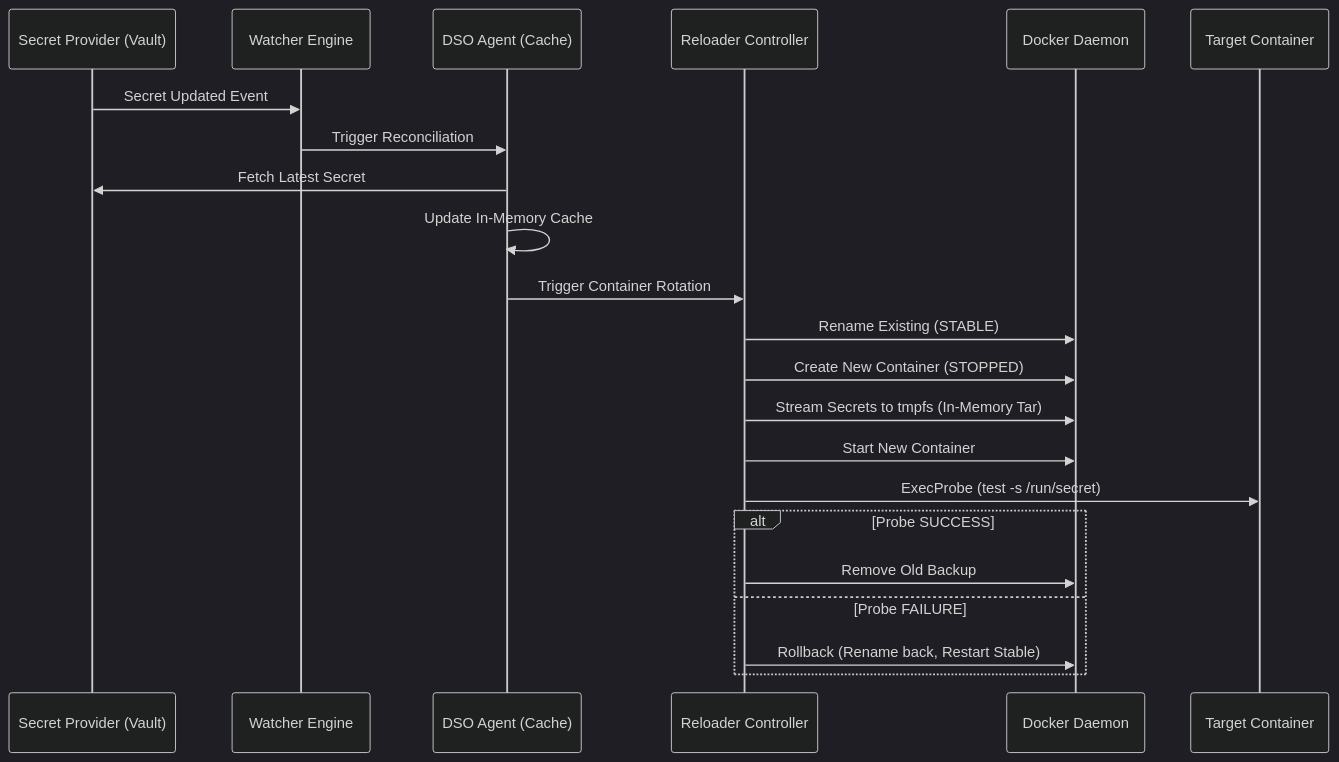
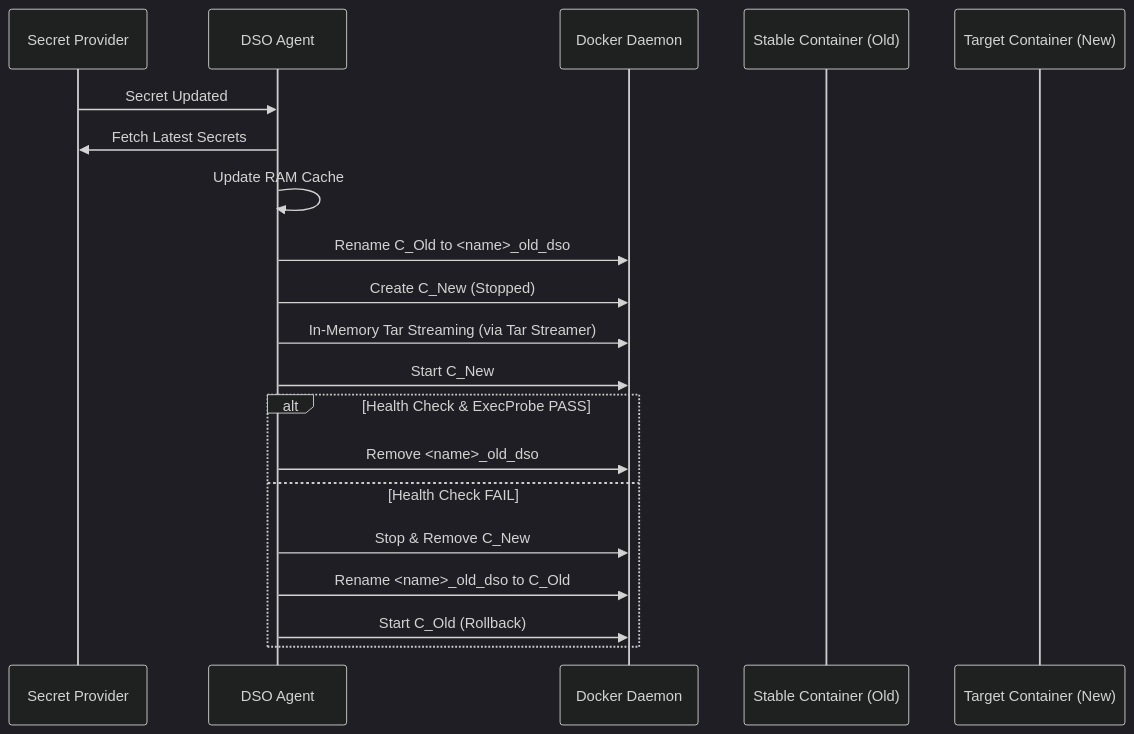
One commit to docker-secret-operator/dso changed the first of 2 diagrams in ARCHITECTURE.md. Above: the diagram before and after it, drawn with Mermaid (dark theme). The commit also changed other lines of this file and 166 other files, not shown here.

Commit message:
Updated readme.md,architecture.md etc files

````diff
--- a/ARCHITECTURE.md
+++ b/ARCHITECTURE.md
@@ -14,27 +44,25 @@
 ```mermaid
 sequenceDiagram
-    participant P as Secret Provider (Vault)
-    participant W as Watcher Engine
-    participant A as DSO Agent (Cache)
-    participant R as Reloader Controller
+    participant P as Secret Provider
+    participant A as DSO Agent
     participant D as Docker Daemon
-    participant C as Target Container
+    participant C_Old as Stable Container (Old)
+    participant C_New as Target Container (New)
 
-    P->>W: Secret Updated Event
-    W->>A: Trigger Reconciliation
-    A->>P: Fetch Latest Secret
-    A->>A: Update In-Memory Cache
-    A->>R: Trigger Container Rotation
-    
-    R->>D: Rename Existing (STABLE)
-    R->>D: Create New Container (STOPPED)
-    R->>D: Stream Secrets to tmpfs (In-Memory Tar)
-    R->>D: Start New Container
-    
-    R->>C: ExecProbe (test -s /run/secret)
-    alt Probe SUCCESS
-        R->>D: Remove Old Backup
-    else Probe FAILURE
-        R->>D: Rollback (Rename back, Restart Stable)
+    P->>A: Secret Updated
+    A->>P: Fetch Latest Secrets
+    A->>A: Update RAM Cache
+
+    A->>D: Rename C_Old to <name>_old_dso
+    A->>D: Create C_New (Stopped)
+    A->>D: In-Memory Tar Streaming (via Tar Streamer)
+    A->>D: Start C_New
+
+    alt Health Check & ExecProbe PASS
+        A->>D: Remove <name>_old_dso
+    else Health Check FAIL
+        A->>D: Stop & Remove C_New
+        A->>D: Rename <name>_old_dso to C_Old
+        A->>D: Start C_Old (Rollback)
     end
 ```
````
